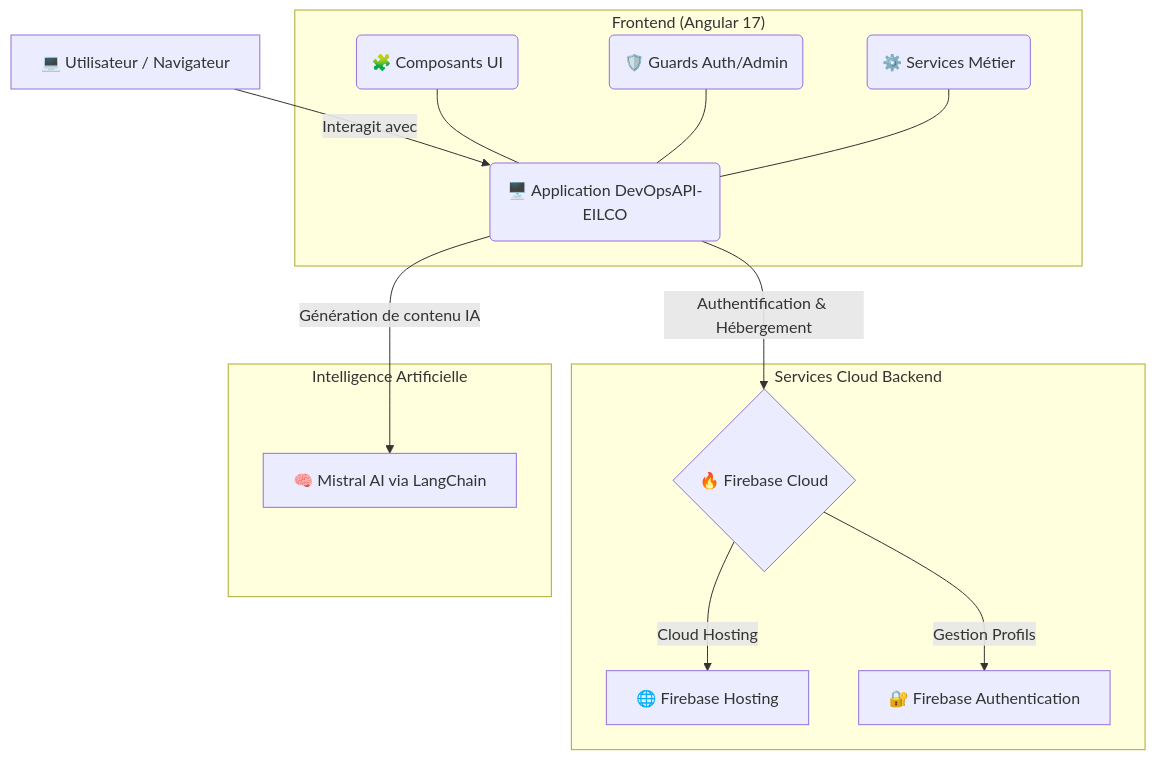
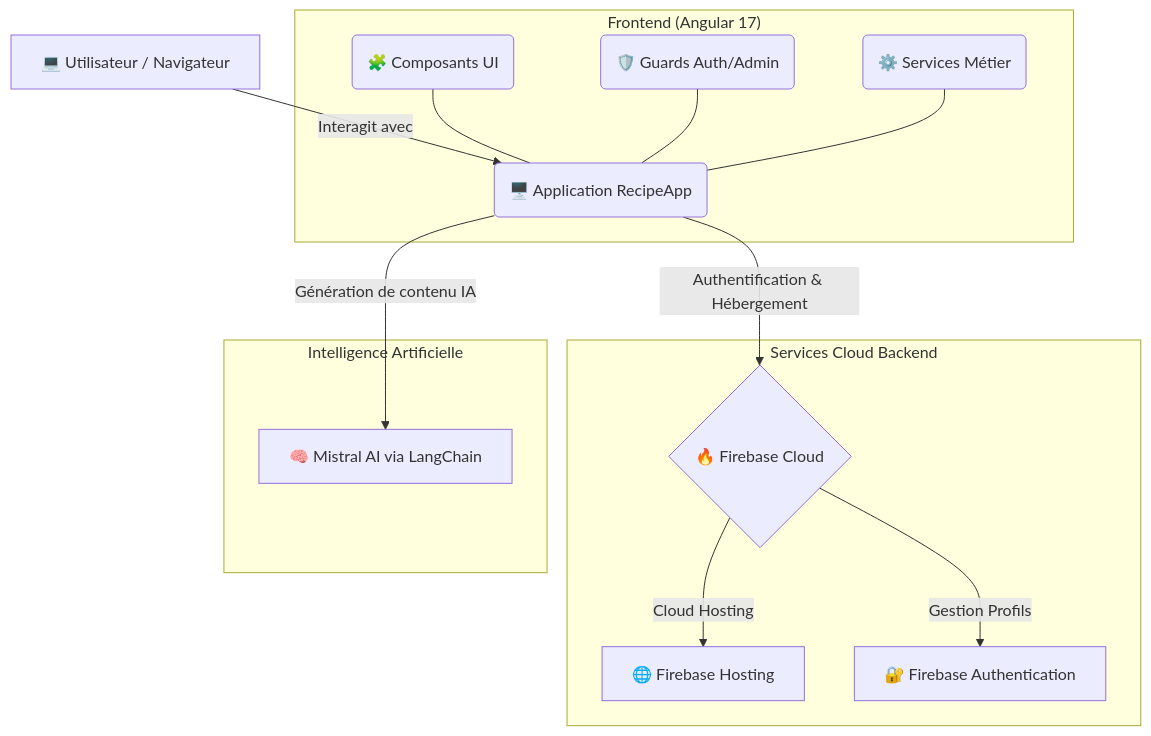
One commit to Mehdi-Elargoubi/RecipeApp changed the diagram in README.md. Above: the diagram before and after it, drawn with Mermaid. The commit also changed other lines of this file, not shown here.

````diff
--- a/README.md
+++ b/README.md
@@ -25,24 +25,24 @@
 ```mermaid
 graph TD
     Client[💻 Utilisateur / Navigateur] -->|Interagit avec| AngularApp
 
     subgraph "Frontend (Angular 17)"
-        AngularApp(🖥️ Application DevOpsAPI-EILCO)
+        AngularApp(🖥️ Application RecipeApp)
         Components(🧩 Composants UI) --- AngularApp
         Guards(🛡️ Guards Auth/Admin) --- AngularApp
         Services(⚙️ Services Métier) --- AngularApp
     end
 
     AngularApp -->|Authentification & Hébergement| FirebaseCloud
     AngularApp -->|Génération de contenu IA| MistralApi
 
     subgraph "Services Cloud Backend"
         FirebaseCloud{🔥 Firebase Cloud}
         FirebaseCloud -->|Cloud Hosting| Hosting[🌐 Firebase Hosting]
         FirebaseCloud -->|Gestion Profils| Auth[🔐 Firebase Authentication]
     end
 
     subgraph "Intelligence Artificielle"
         MistralApi[🧠 Mistral AI via LangChain]
     end
 ```
````
